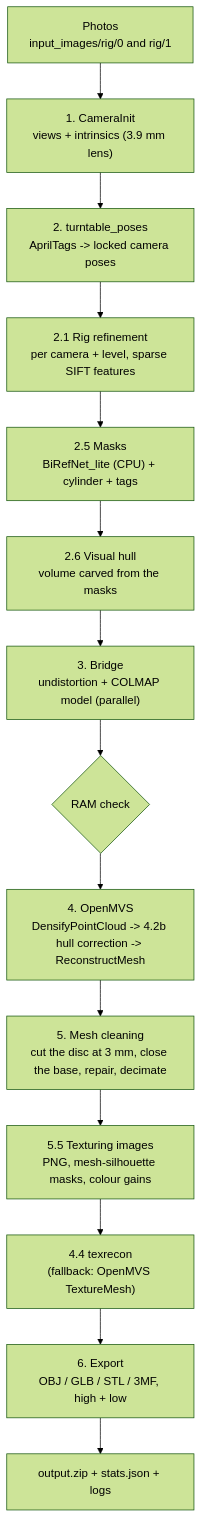
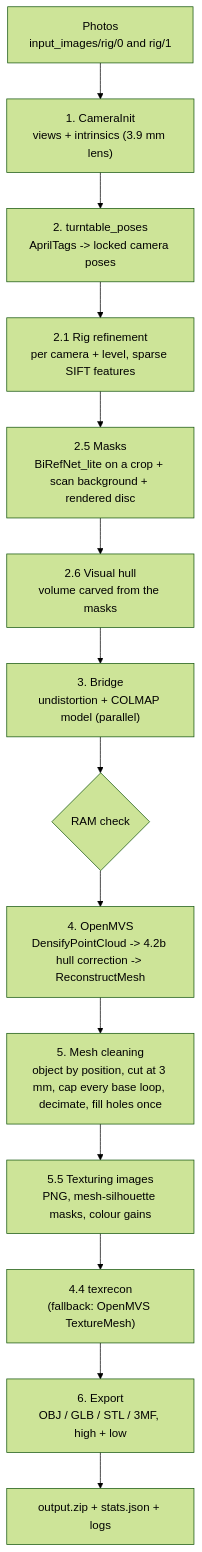
Before and after one commit to AlinC10/photogrammetry_pipeline: the diagram in README.md, drawn with Mermaid (forest theme). The commit also changed other lines of this file and 30 other files, not shown here.

````diff
--- a/README.md
+++ b/README.md
@@ -17,16 +17,16 @@
 ```mermaid
 flowchart TD
     A["Photos<br/>input_images/rig/0 and rig/1"] --> B["1. CameraInit<br/>views + intrinsics (3.9 mm lens)"]
     B --> C["2. turntable_poses<br/>AprilTags -> locked camera poses"]
     C --> RR["2.1 Rig refinement<br/>per camera + level, sparse SIFT features"]
-    RR --> D["2.5 Masks<br/>BiRefNet_lite (CPU) + cylinder + tags"]
+    RR --> D["2.5 Masks<br/>BiRefNet_lite on a crop + scan background + rendered disc"]
     D --> V["2.6 Visual hull<br/>volume carved from the masks"]
     V --> E["3. Bridge<br/>undistortion + COLMAP model (parallel)"]
     E --> R{"RAM check"}
     R --> F["4. OpenMVS<br/>DensifyPointCloud -> 4.2b hull correction -> ReconstructMesh"]
-    F --> G["5. Mesh cleaning<br/>cut the disc at 3 mm, close the base, repair, decimate"]
+    F --> G["5. Mesh cleaning<br/>object by position, cut at 3 mm, cap every base loop, decimate, fill holes once"]
     G --> H["5.5 Texturing images<br/>PNG, mesh-silhouette masks, colour gains"]
     H --> T["4.4 texrecon<br/>(fallback: OpenMVS TextureMesh)"]
     T --> X["6. Export<br/>OBJ / GLB / STL / 3MF, high + low"]
     X --> Z["output.zip + stats.json + logs"]
 ```
````
